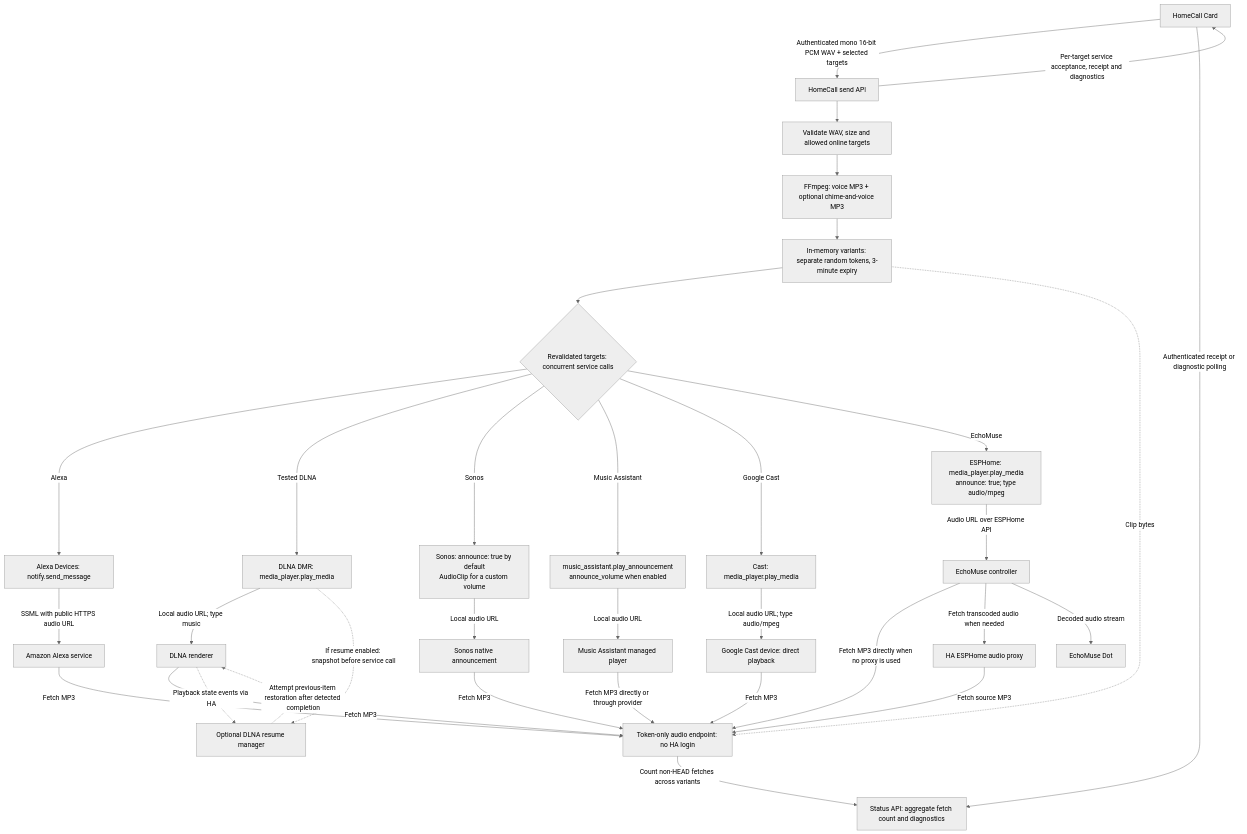
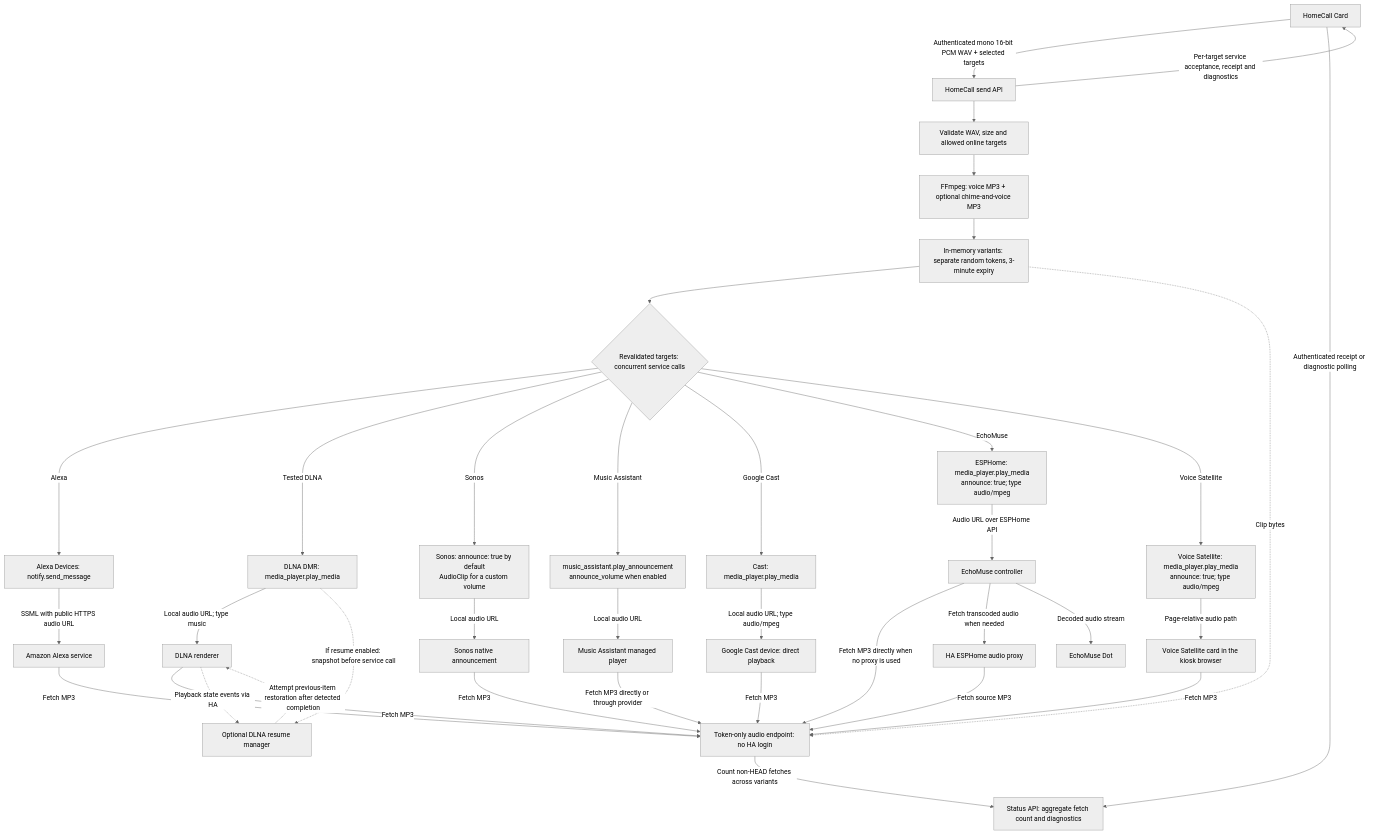
The diagram in README.md (thomasgregg/homecall), drawn with Mermaid (neutral theme) before and after one commit. The commit also changed other lines of this file and 30 other files, not shown here.

First line of the commit message:
Release HomeCall v1.13.0 with Voice Satellite speakers (#19)

````diff
--- a/README.md
+++ b/README.md
@@ -279,36 +290,39 @@
 ```mermaid
 flowchart TD
     Card[HomeCall Card] -->|Authenticated mono 16-bit PCM WAV + selected targets| API[HomeCall send API]
     API --> Validate[Validate WAV, size and allowed online targets]
     Validate --> Encode[FFmpeg: voice MP3 + optional chime-and-voice MP3]
     Encode --> Store[In-memory variants: separate random tokens, 3-minute expiry]
     Store --> Route{Revalidated targets: concurrent service calls}
     Route -->|Alexa| Notify[Alexa Devices: notify.send_message]
     Notify -->|SSML with public HTTPS audio URL| Amazon[Amazon Alexa service]
     Route -->|Tested DLNA| Play[DLNA DMR: media_player.play_media]
     Play -->|Local audio URL; type music| Speaker[DLNA renderer]
     Route -->|Sonos| SonosService["Sonos: announce: true by default<br/>AudioClip for a custom volume"]
     SonosService -->|Local audio URL| SonosPlayer[Sonos native announcement]
     Route -->|Music Assistant| MAService["music_assistant.play_announcement<br/>announce_volume when enabled"]
     MAService -->|Local audio URL| MAPlayer[Music Assistant managed player]
     Amazon -->|Fetch MP3| Audio[Token-only audio endpoint: no HA login]
     Speaker -->|Fetch MP3| Audio
     SonosPlayer -->|Fetch MP3| Audio
     MAPlayer -->|Fetch MP3 directly or through provider| Audio
     Route -->|Google Cast| CastService[Cast: media_player.play_media]
     CastService -->|Local audio URL; type audio/mpeg| CastPlayer[Google Cast device: direct playback]
     CastPlayer -->|Fetch MP3| Audio
     Route -->|EchoMuse| EchoService["ESPHome: media_player.play_media<br/>announce: true; type audio/mpeg"]
     EchoService -->|Audio URL over ESPHome API| EchoController[EchoMuse controller]
     EchoController -->|Fetch MP3 directly when no proxy is used| Audio
     EchoController -->|Fetch transcoded audio when needed| Proxy[HA ESPHome audio proxy]
     Proxy -->|Fetch source MP3| Audio
     EchoController -->|Decoded audio stream| EchoDot[EchoMuse Dot]
+    Route -->|Voice Satellite| SatService["Voice Satellite: media_player.play_media<br/>announce: true; type audio/mpeg"]
+    SatService -->|Page-relative audio path| Kiosk[Voice Satellite card in the kiosk browser]
+    Kiosk -->|Fetch MP3| Audio
     Store -.->|Clip bytes| Audio
     Audio -->|Count non-HEAD fetches across variants| Receipt[Status API: aggregate fetch count and diagnostics]
     Card -->|Authenticated receipt or diagnostic polling| Receipt
     API -->|Per-target service acceptance, receipt and diagnostics| Card
     Play -.->|If resume enabled: snapshot before service call| Resume[Optional DLNA resume manager]
     Speaker -.->|Playback state events via HA| Resume
     Resume -.->|Attempt previous-item restoration after detected completion| Speaker
 ```
````
